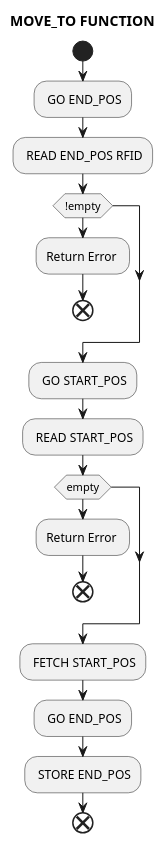
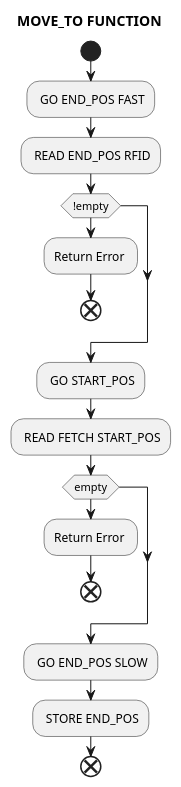
One commit to walger-lucas/SPARtS changed the diagram in docs/Design/EmbeddedSoftware/move_fetch.plantuml. Above: the diagram before and after it, drawn with PlantUML. The commit also changed 9 other files, not shown here.

Commit message:
adding diagrams

```diff
--- a/docs/Design/EmbeddedSoftware/move_fetch.plantuml
+++ b/docs/Design/EmbeddedSoftware/move_fetch.plantuml
@@ -1,23 +1,22 @@
 @startuml
+
 title MOVE_TO FUNCTION
 start
-: GO END_POS;
+: GO END_POS FAST;
 : READ END_POS RFID;
 if (!empty) then 
     :Return Error ;
     end
 endif
 : GO START_POS;
-: READ START_POS;
+: READ FETCH START_POS;
 if (empty) then 
     :Return Error ;
     end
 endif
-
-: FETCH START_POS;
-: GO END_POS;
+: GO END_POS SLOW;
 : STORE END_POS;
 
 end
 
 @enduml
```
